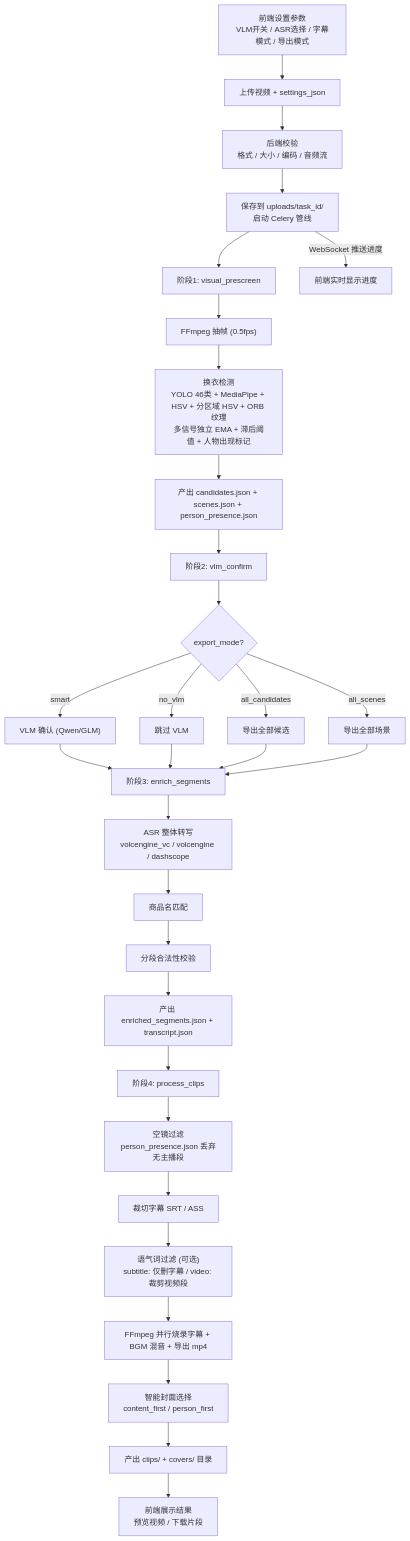
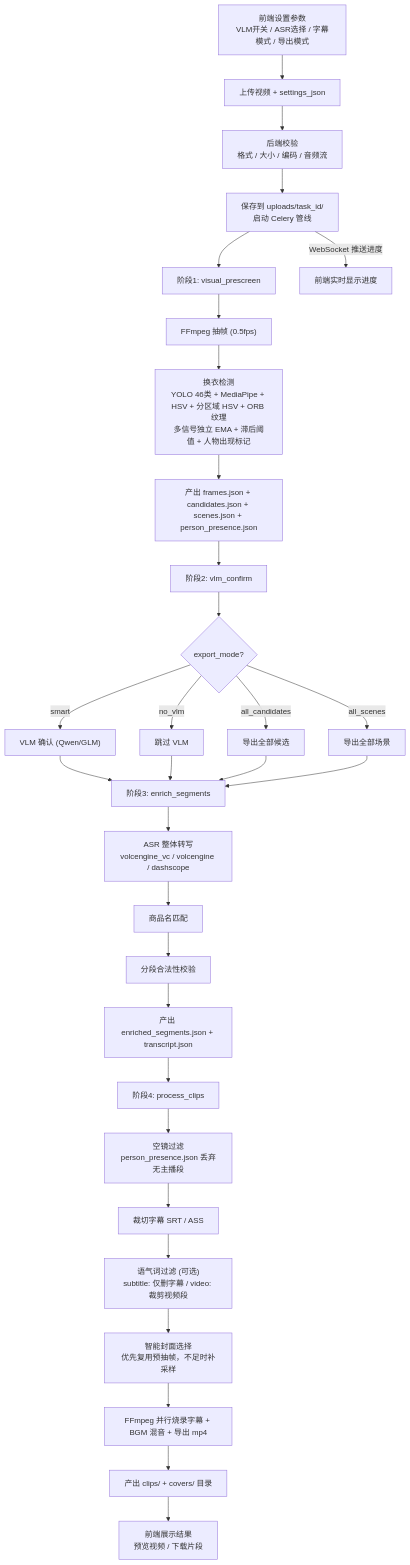
The second of 2 diagrams in README.md (ShellMonster/LiveVideoCut), drawn with Mermaid before and after one commit. The commit also changed other lines of this file and 3 other files, not shown here.

````diff
--- a/README.md
+++ b/README.md
@@ -77,39 +77,39 @@
 ```mermaid
 graph TD
     A["前端设置参数<br/>VLM开关 / ASR选择 / 字幕模式 / 导出模式"] --> B["上传视频 + settings_json"]
     B --> C["后端校验<br/>格式 / 大小 / 编码 / 音频流"]
     C --> D["保存到 uploads/task_id/<br/>启动 Celery 管线"]
 
     D --> E["阶段1: visual_prescreen"]
     E --> E1["FFmpeg 抽帧 (0.5fps)"]
     E1 --> E2["换衣检测<br/>YOLO 46类 + MediaPipe + HSV + 分区域 HSV + ORB 纹理<br/>多信号独立 EMA + 滞后阈值 + 人物出现标记"]
-    E2 --> E3["产出 candidates.json + scenes.json + person_presence.json"]
+    E2 --> E3["产出 frames.json + candidates.json + scenes.json + person_presence.json"]
 
     E3 --> F["阶段2: vlm_confirm"]
     F --> F1{"export_mode?"}
     F1 -->|"smart"| F2["VLM 确认 (Qwen/GLM)"]
     F1 -->|"no_vlm"| F3["跳过 VLM"]
     F1 -->|"all_candidates"| F4["导出全部候选"]
     F1 -->|"all_scenes"| F5["导出全部场景"]
 
     F2 --> G["阶段3: enrich_segments"]
     F3 --> G
     F4 --> G
     F5 --> G
 
     G --> G1["ASR 整体转写<br/>volcengine_vc / volcengine / dashscope"]
     G1 --> G2["商品名匹配"]
     G2 --> G3["分段合法性校验"]
     G3 --> G4["产出 enriched_segments.json + transcript.json"]
 
     G4 --> H["阶段4: process_clips"]
     H --> H0["空镜过滤<br/>person_presence.json 丢弃无主播段"]
     H0 --> H1["裁切字幕 SRT / ASS"]
     H1 --> H2["语气词过滤 (可选)<br/>subtitle: 仅删字幕 / video: 裁剪视频段"]
-    H2 --> H3["FFmpeg 并行烧录字幕 + BGM 混音 + 导出 mp4"]
-    H3 --> H4["智能封面选择<br/>content_first / person_first"]
+    H2 --> H3["智能封面选择<br/>优先复用预抽帧，不足时补采样"]
+    H3 --> H4["FFmpeg 并行烧录字幕 + BGM 混音 + 导出 mp4"]
     H4 --> H5["产出 clips/ + covers/ 目录"]
 
     D -->|"WebSocket 推送进度"| W["前端实时显示进度"]
     H5 --> R["前端展示结果<br/>预览视频 / 下载片段"]
 ```
````
